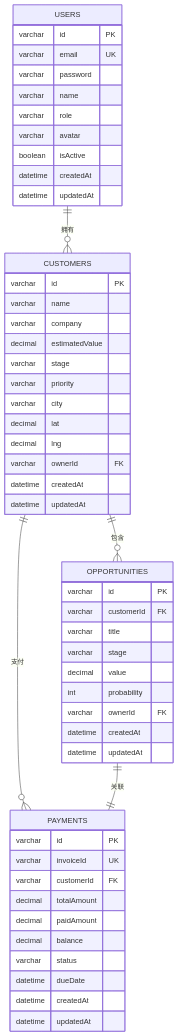
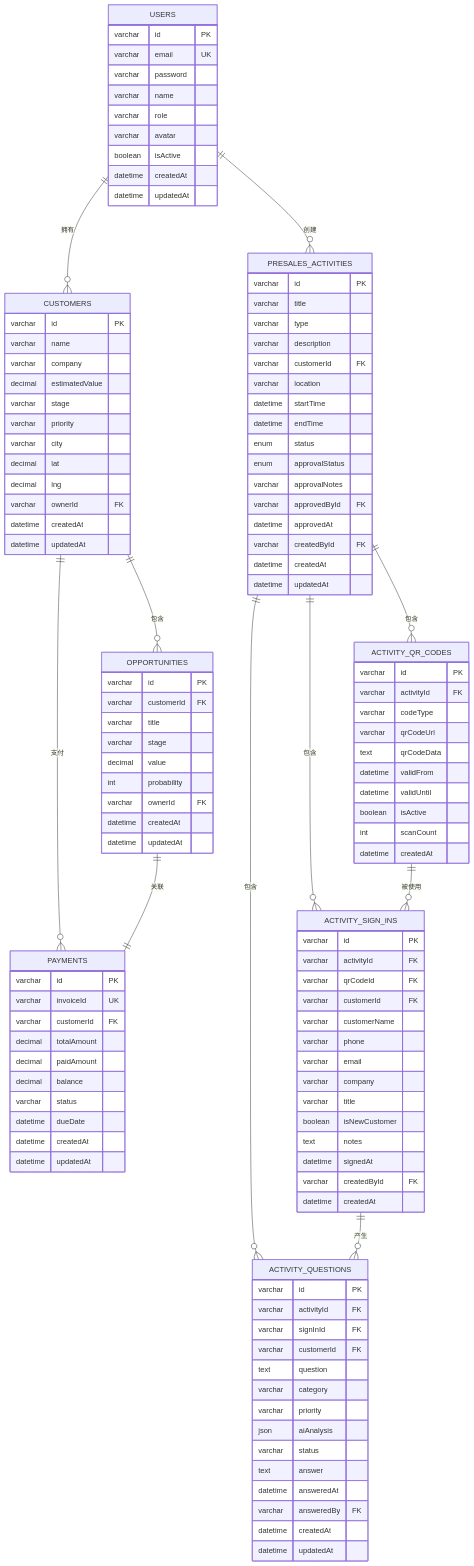
Before and after one commit to xianjianshenqu/SalesFlow-CRM: the second of 20 diagrams in .qoder/repowiki/zh/content/Database Schema.md, drawn with Mermaid. The commit also changed other lines of this file and 5 other files, not shown here.

````diff
--- a/.qoder/repowiki/zh/content/Database Schema.md
+++ b/.qoder/repowiki/zh/content/Database Schema.md
@@ -132,8 +145,76 @@
 datetime createdAt
 datetime updatedAt
 }
+PRESALES_ACTIVITIES {
+varchar id PK
+varchar title
+varchar type
+varchar description
+varchar customerId FK
+varchar location
+datetime startTime
+datetime endTime
+enum status
+enum approvalStatus
+varchar approvalNotes
+varchar approvedById FK
+datetime approvedAt
+varchar createdById FK
+datetime createdAt
+datetime updatedAt
+}
+ACTIVITY_QR_CODES {
+varchar id PK
+varchar activityId FK
+varchar codeType
+varchar qrCodeUrl
+text qrCodeData
+datetime validFrom
+datetime validUntil
+boolean isActive
+int scanCount
+datetime createdAt
+}
+ACTIVITY_SIGN_INS {
+varchar id PK
+varchar activityId FK
+varchar qrCodeId FK
+varchar customerId FK
+varchar customerName
+varchar phone
+varchar email
+varchar company
+varchar title
+boolean isNewCustomer
+text notes
+datetime signedAt
+varchar createdById FK
+datetime createdAt
+}
+ACTIVITY_QUESTIONS {
+varchar id PK
+varchar activityId FK
+varchar signInId FK
+varchar customerId FK
+text question
+varchar category
+varchar priority
+json aiAnalysis
+varchar status
+text answer
+datetime answeredAt
+varchar answeredBy FK
+datetime createdAt
+datetime updatedAt
+}
 USERS ||--o{ CUSTOMERS : "拥有"
 CUSTOMERS ||--o{ OPPORTUNITIES : "包含"
 CUSTOMERS ||--o{ PAYMENTS : "支付"
 OPPORTUNITIES ||--|| PAYMENTS : "关联"
+USERS ||--o{ PRESALES_ACTIVITIES : "创建"
+PRESALES_ACTIVITIES ||--o{ ACTIVITY_QR_CODES : "包含"
+PRESALES_ACTIVITIES ||--o{ ACTIVITY_SIGN_INS : "包含"
+PRESALES_ACTIVITIES ||--o{ ACTIVITY_QUESTIONS : "包含"
+ACTIVITY_QR_CODES ||--o{ ACTIVITY_SIGN_INS : "被使用"
+ACTIVITY_SIGN_INS ||--o{ ACTIVITY_QUESTIONS : "产生"
 ```
````
